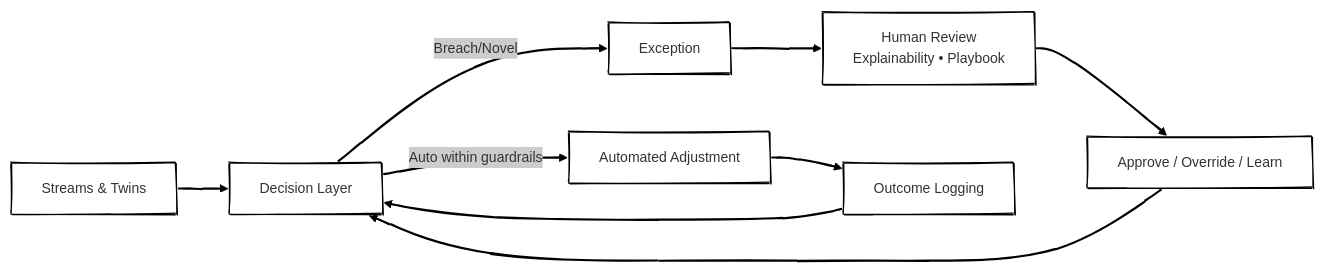
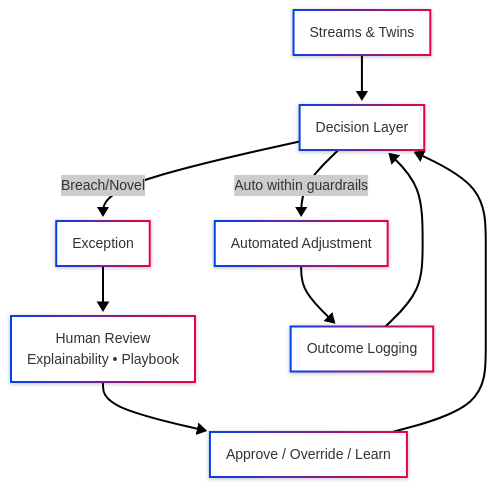
The fourth of 5 diagrams in posts/from-planning-to-orchestration-reimagining-enterprise-beyond-S&OP/index.qmd (antomon/antomon.github.io), drawn with Mermaid before and after one commit. The commit also changed other lines of this file and 4 other files, not shown here.

````diff
--- a/posts/from-planning-to-orchestration-reimagining-enterprise-beyond-S&OP/index.qmd
+++ b/posts/from-planning-to-orchestration-reimagining-enterprise-beyond-S&OP/index.qmd
@@ -276,16 +258,17 @@
 ```{mermaid}
 %%| label: control-tower
 %%| fig-cap: Control tower by exception — fewer meetings, faster learning
 %%| fig-alt: Exceptions surface to humans; routine adjustments stay automated
 %%| fig-align: "center"
-%%{init: {"theme": "neo", "look": "handDrawn"}}%%
+%%{init: {"theme": "neo", "look": "neo"}}%%
 
-flowchart LR
-  S[Streams & Twins] --> D[Decision Layer]
-  D -->|Auto within guardrails| R[Automated Adjustment]
-  D -->|Breach/Novel| X[Exception]
-  X --> H[Human Review\nExplainability • Playbook]
-  H --> A[Approve / Override / Learn]
-  A --> D
-  R --> L[Outcome Logging] --> D
+flowchart TD
+    S["Streams & Twins"] --> D["Decision Layer"]
+    D -- Auto within guardrails --> R["Automated Adjustment"]
+    D -- Breach/Novel --> X["Exception"]
+    X --> H["Human Review<br>Explainability • Playbook"]
+    H --> A["Approve / Override / Learn"]
+    A --> D
+    R --> L["Outcome Logging"]
+    L --> D
 ```
````
